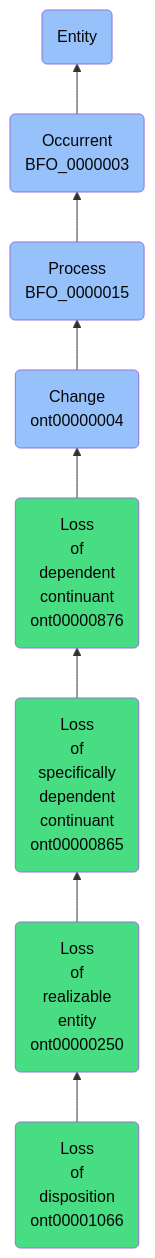
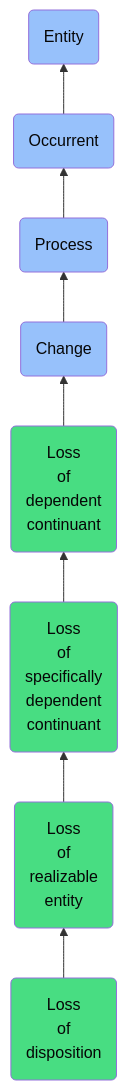
Before and after one commit to jupyter-naas/abi: the diagram in docs/ontology/reference/model/Entity/Occurrent/Process/Change/Loss of dependent continuant/Loss of specifically dependent continuant/Loss of realizable entity/Loss of disposition/Loss of disposition.md, drawn with Mermaid. The commit also changed other lines of this file and 1430 other files, not shown here.

````diff
--- a/docs/ontology/reference/model/Entity/Occurrent/Process/Change/Loss of dependent continuant/Loss of specifically dependent continuant/Loss of realizable entity/Loss of disposition/Loss of disposition.md
+++ b/docs/ontology/reference/model/Entity/Occurrent/Process/Change/Loss of dependent continuant/Loss of specifically dependent continuant/Loss of realizable entity/Loss of disposition/Loss of disposition.md
@@ -24,15 +24,15 @@
 ```mermaid
 graph BT
-    ont00001066(Loss<br>of<br>disposition<br>ont00001066):::ABI-->ont00000250
-    ont00000250(Loss<br>of<br>realizable<br>entity<br>ont00000250):::ABI-->ont00000865
-    ont00000865(Loss<br>of<br>specifically<br>dependent<br>continuant<br>ont00000865):::ABI-->ont00000876
-    ont00000876(Loss<br>of<br>dependent<br>continuant<br>ont00000876):::ABI-->ont00000004
-    ont00000004(Change<br>ont00000004):::BFO-->BFO_0000015
-    BFO_0000015(Process<br>BFO_0000015):::BFO-->BFO_0000003
-    BFO_0000003(Occurrent<br>BFO_0000003):::BFO-->BFO_0000001
+    ont00001066(Loss<br>of<br>disposition):::ABI-->ont00000250
+    ont00000250(Loss<br>of<br>realizable<br>entity):::ABI-->ont00000865
+    ont00000865(Loss<br>of<br>specifically<br>dependent<br>continuant):::ABI-->ont00000876
+    ont00000876(Loss<br>of<br>dependent<br>continuant):::ABI-->ont00000004
+    ont00000004(Change):::BFO-->BFO_0000015
+    BFO_0000015(Process):::BFO-->BFO_0000003
+    BFO_0000003(Occurrent):::BFO-->BFO_0000001
     BFO_0000001(Entity):::BFO
     
     classDef BFO fill:#97c1fb,color:#060606
     classDef CCO fill:#e4c51e,color:#060606
     classDef ABI fill:#48DD82,color:#060606
 ```
````
